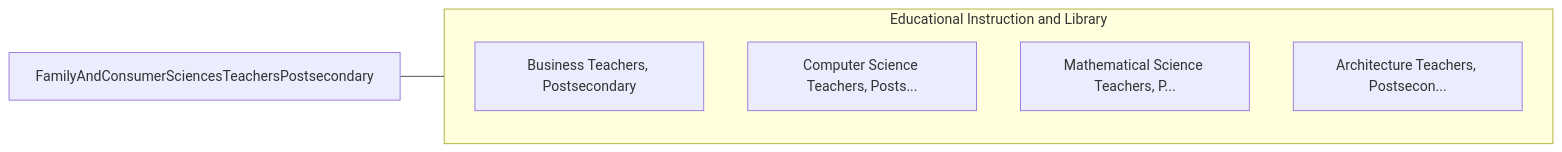
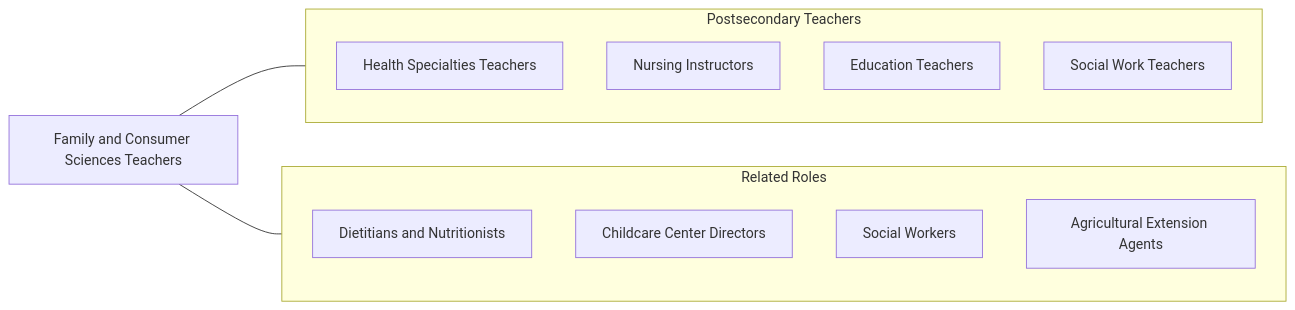
The fourth of 4 diagrams in occupations/Education/FamilyAndConsumerSciencesTeachersPostsecondary.mdx (kziemski/business.org.ai), drawn with Mermaid before and after one commit. The commit also changed other lines of this file and 938 other files, not shown here.

````diff
--- a/occupations/Education/FamilyAndConsumerSciencesTeachersPostsecondary.mdx
+++ b/occupations/Education/FamilyAndConsumerSciencesTeachersPostsecondary.mdx
@@ -80,13 +169,21 @@
 ```mermaid
 graph LR
-    Current["FamilyAndConsumerSciencesTeachersPostsecondary"]
+    Current["Family and Consumer Sciences Teachers"]
 
-    subgraph SameCategory["Educational Instruction and Library"]
-        BusinessTeachersPost["Business Teachers, Postsecondary"]
-        ComputerScienceTeach["Computer Science Teachers, Posts..."]
-        MathematicalScienceT["Mathematical Science Teachers, P..."]
-        ArchitectureTeachers["Architecture Teachers, Postsecon..."]
+    subgraph SameCategory["Postsecondary Teachers"]
+        Health["Health Specialties Teachers"]
+        Nursing["Nursing Instructors"]
+        Education["Education Teachers"]
+        Social["Social Work Teachers"]
+    end
+
+    subgraph CrossFunctional["Related Roles"]
+        Dietitians["Dietitians and Nutritionists"]
+        ChildDev["Childcare Center Directors"]
+        SocialWorkers["Social Workers"]
+        ExtensionAgents["Agricultural Extension Agents"]
     end
 
     Current --- SameCategory
+    Current --- CrossFunctional
 ```
````
